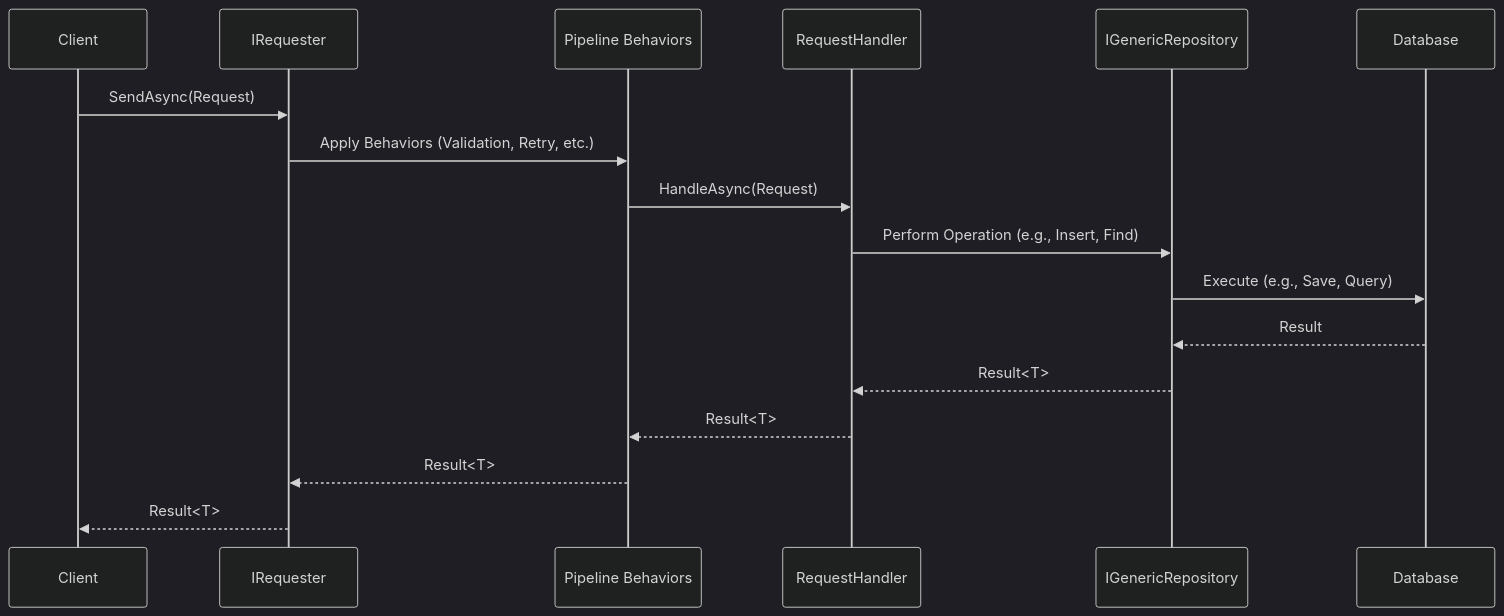
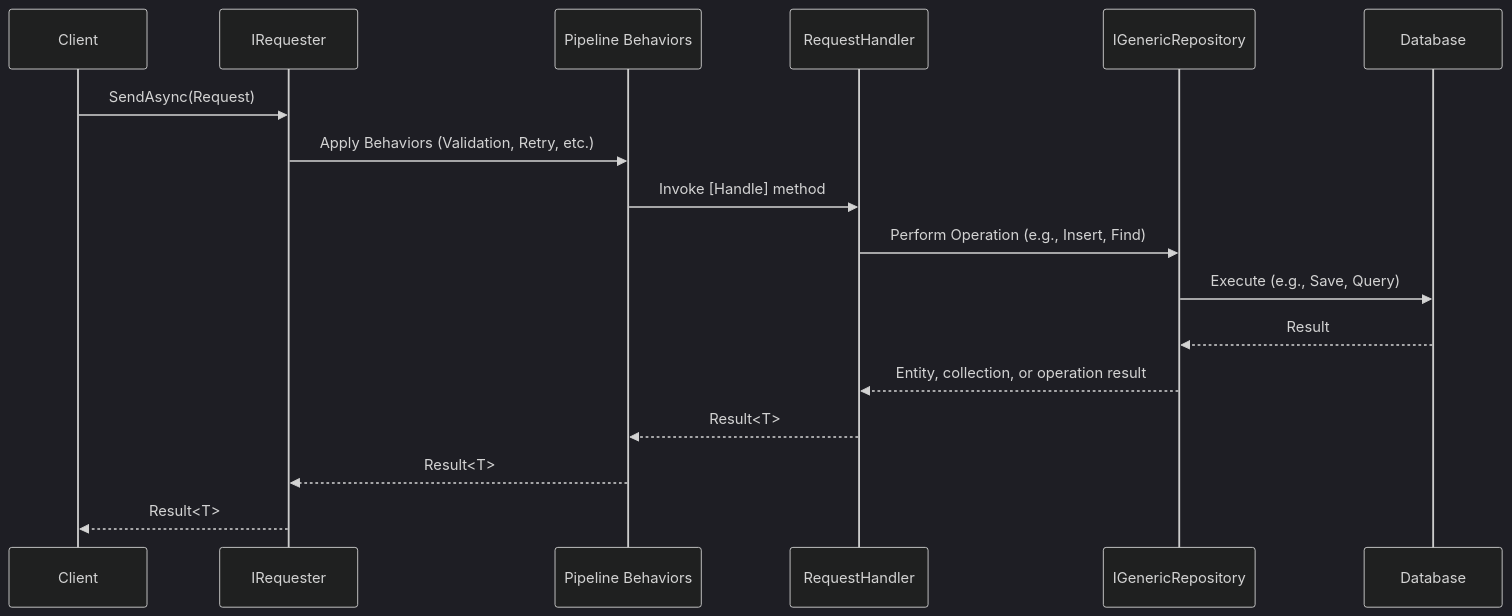
One commit to BridgingIT-GmbH/bITdevKit changed the diagram in docs/features-application-commands-queries.md. Above: the diagram before and after it, drawn with Mermaid (dark theme). The commit also changed other lines of this file and 62 other files, not shown here.

````diff
--- a/docs/features-application-commands-queries.md
+++ b/docs/features-application-commands-queries.md
@@ -43,20 +57,20 @@
 ```mermaid
 sequenceDiagram
     participant Client
     participant Requester as IRequester
     participant Pipeline as Pipeline Behaviors
     participant Handler as RequestHandler
     participant Repository as IGenericRepository
     participant Database
 
     Client->>Requester: SendAsync(Request)
     Requester->>Pipeline: Apply Behaviors (Validation, Retry, etc.)
-    Pipeline->>Handler: HandleAsync(Request)
+    Pipeline->>Handler: Invoke [Handle] method
     Handler->>Repository: Perform Operation (e.g., Insert, Find)
     Repository->>Database: Execute (e.g., Save, Query)
     Database-->>Repository: Result
-    Repository-->>Handler: Result<T>
+    Repository-->>Handler: Entity, collection, or operation result
     Handler-->>Pipeline: Result<T>
     Pipeline-->>Requester: Result<T>
     Requester-->>Client: Result<T>
 ```
````
